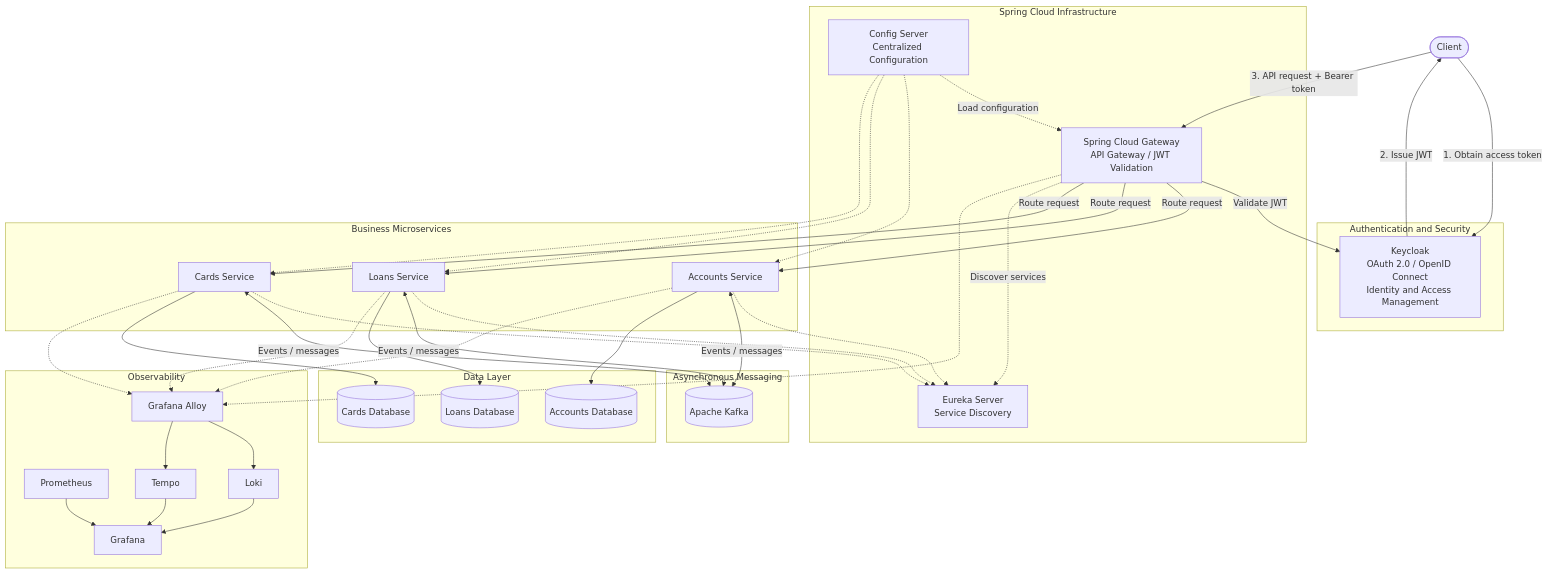
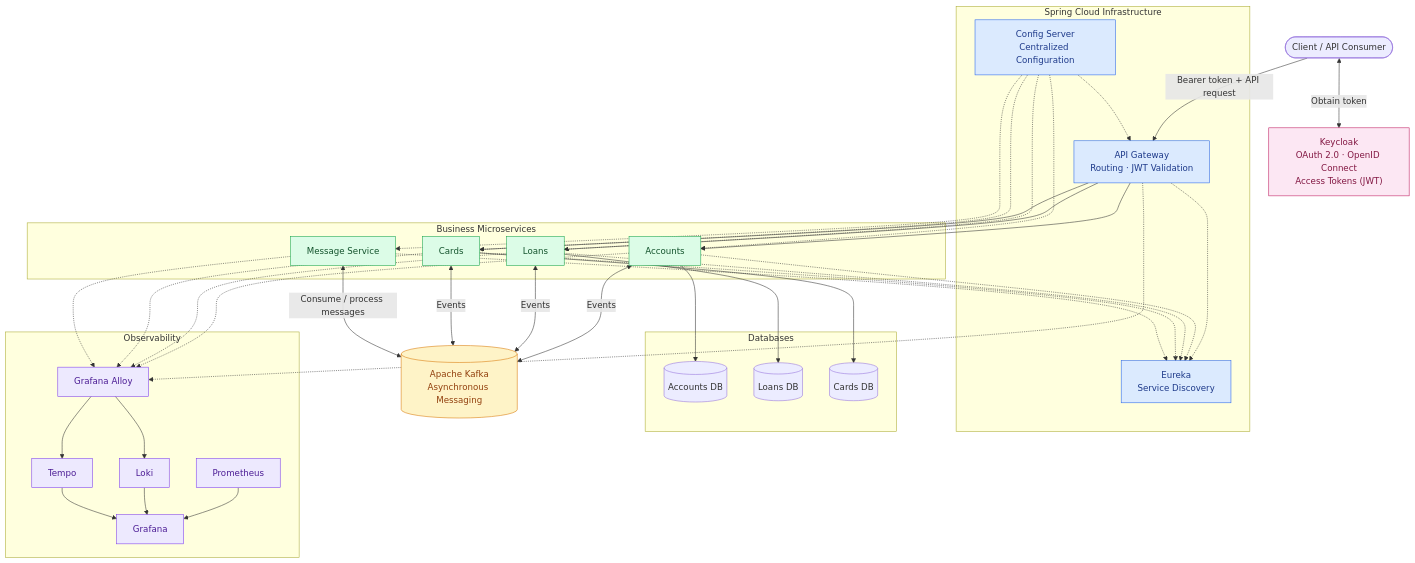
Before and after one commit to SoyaChunkz/MICROSERVICES: the diagram in Readme.md, drawn with Mermaid. The commit also changed other lines of this file and 8 other files, not shown here.

````diff
--- a/Readme.md
+++ b/Readme.md
@@ -12,34 +12,30 @@
 ```mermaid
 flowchart TB
-    Client([Client])
+    Client(["Client / API Consumer"])
+    Keycloak["Keycloak<br/>OAuth 2.0 · OpenID Connect<br/>Access Tokens (JWT)"]
 
-    subgraph Security["Authentication and Security"]
-        Keycloak["Keycloak<br/>OAuth 2.0 / OpenID Connect<br/>Identity and Access Management"]
-    end
-
-    subgraph Infrastructure["Spring Cloud Infrastructure"]
-        Gateway["Spring Cloud Gateway<br/>API Gateway / JWT Validation"]
-        Eureka["Eureka Server<br/>Service Discovery"]
+    subgraph Platform["Spring Cloud Infrastructure"]
+        Gateway["API Gateway<br/>Routing · JWT Validation"]
+        Eureka["Eureka<br/>Service Discovery"]
         Config["Config Server<br/>Centralized Configuration"]
     end
 
-    subgraph Business["Business Microservices"]
-        Accounts["Accounts Service"]
-        Loans["Loans Service"]
-        Cards["Cards Service"]
+    subgraph Services["Business Microservices"]
+        Accounts["Accounts"]
+        Loans["Loans"]
+        Cards["Cards"]
+        Message["Message Service"]
     end
 
-    subgraph Messaging["Asynchronous Messaging"]
-        Kafka[("Apache Kafka")]
+    Kafka[("Apache Kafka<br/>Asynchronous Messaging")]
+
+    subgraph Data["Databases"]
+        AccountsDB[("Accounts DB")]
+        LoansDB[("Loans DB")]
+        CardsDB[("Cards DB")]
     end
 
-    subgraph Persistence["Data Layer"]
-        AccountsDB[("Accounts Database")]
-        LoansDB[("Loans Database")]
-        CardsDB[("Cards Database")]
-    end
-
-    subgraph Observability["Observability"]
+    subgraph Monitoring["Observability"]
         Alloy["Grafana Alloy"]
         Prometheus["Prometheus"]
         Loki["Loki"]
@@ -47,41 +43,55 @@
         Grafana["Grafana"]
     end
 
-    Client -->|"1. Obtain access token"| Keycloak
-    Keycloak -->|"2. Issue JWT"| Client
-    Client -->|"3. API request + Bearer token"| Gateway
+    Client <-->|"Obtain token"| Keycloak
+    Client -->|"Bearer token + API request"| Gateway
 
-    Gateway -->|"Validate JWT"| Keycloak
-    Gateway -->|"Route request"| Accounts
-    Gateway -->|"Route request"| Loans
-    Gateway -->|"Route request"| Cards
+    Gateway --> Accounts
+    Gateway --> Loans
+    Gateway --> Cards
 
-    Gateway -.->|"Discover services"| Eureka
+    Gateway -.-> Eureka
     Accounts -.-> Eureka
     Loans -.-> Eureka
     Cards -.-> Eureka
+    Message -.-> Eureka
 
-    Config -.->|"Load configuration"| Gateway
+    Config -.-> Gateway
     Config -.-> Accounts
     Config -.-> Loans
     Config -.-> Cards
+    Config -.-> Message
 
-    Accounts <-->|"Events / messages"| Kafka
-    Loans <-->|"Events / messages"| Kafka
-    Cards <-->|"Events / messages"| Kafka
+    Accounts <-->|"Events"| Kafka
+    Loans <-->|"Events"| Kafka
+    Cards <-->|"Events"| Kafka
+    Message <-->|"Consume / process messages"| Kafka
 
     Accounts --> AccountsDB
     Loans --> LoansDB
     Cards --> CardsDB
 
+    Gateway -.-> Alloy
     Accounts -.-> Alloy
     Loans -.-> Alloy
     Cards -.-> Alloy
-    Gateway -.-> Alloy
+    Message -.-> Alloy
 
     Alloy --> Loki
     Alloy --> Tempo
     Prometheus --> Grafana
     Loki --> Grafana
     Tempo --> Grafana
+
+    classDef security fill:#fce7f3,stroke:#be185d,color:#831843
+    classDef infrastructure fill:#dbeafe,stroke:#2563eb,color:#1e3a8a
+    classDef business fill:#dcfce7,stroke:#16a34a,color:#14532d
+    classDef messaging fill:#fef3c7,stroke:#d97706,color:#92400e
+    classDef observability fill:#ede9fe,stroke:#7c3aed,color:#4c1d95
+
+    class Keycloak security
+    class Gateway,Eureka,Config infrastructure
+    class Accounts,Loans,Cards,Message business
+    class Kafka messaging
+    class Alloy,Prometheus,Loki,Tempo,Grafana observability
 ```
````
